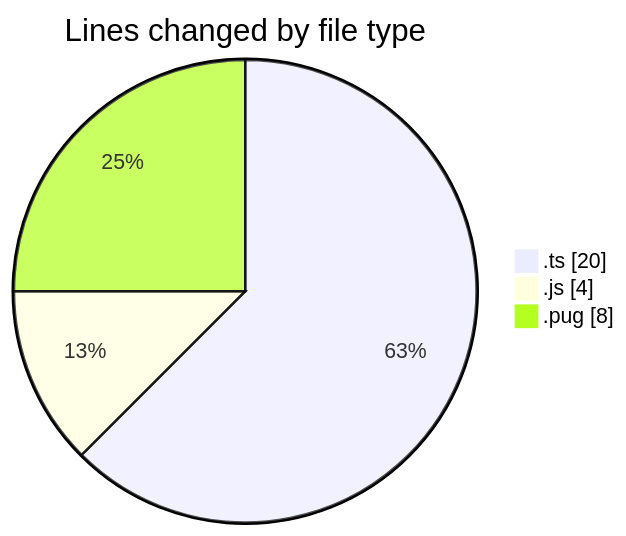
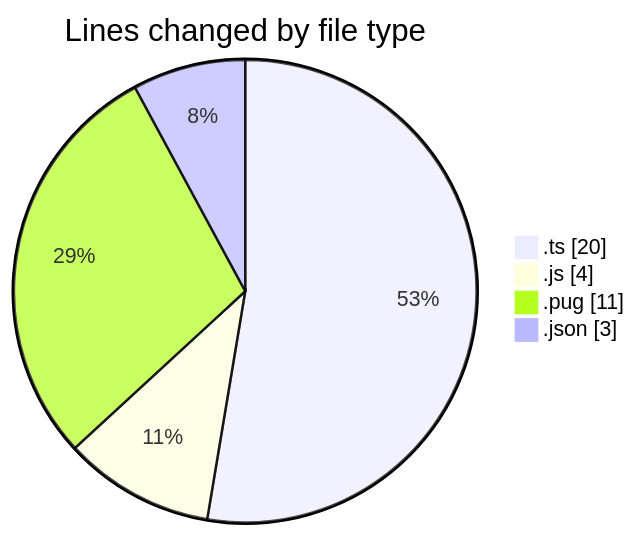
One commit to momahboobian/code-tracking changed the first of 2 diagrams in 2025-02-25/cda/README.md. Above: the diagram before and after it, drawn with Mermaid. The commit also changed other lines of this file and 1 other file, not shown here.

````diff
--- a/2025-02-25/cda/README.md
+++ b/2025-02-25/cda/README.md
@@ -23,7 +24,8 @@
 ```mermaid
 pie showData
 title Lines changed by file type
 ".ts" : 20
 ".js" : 4
-".pug" : 8
+".pug" : 11
+".json" : 3
 ```
````
